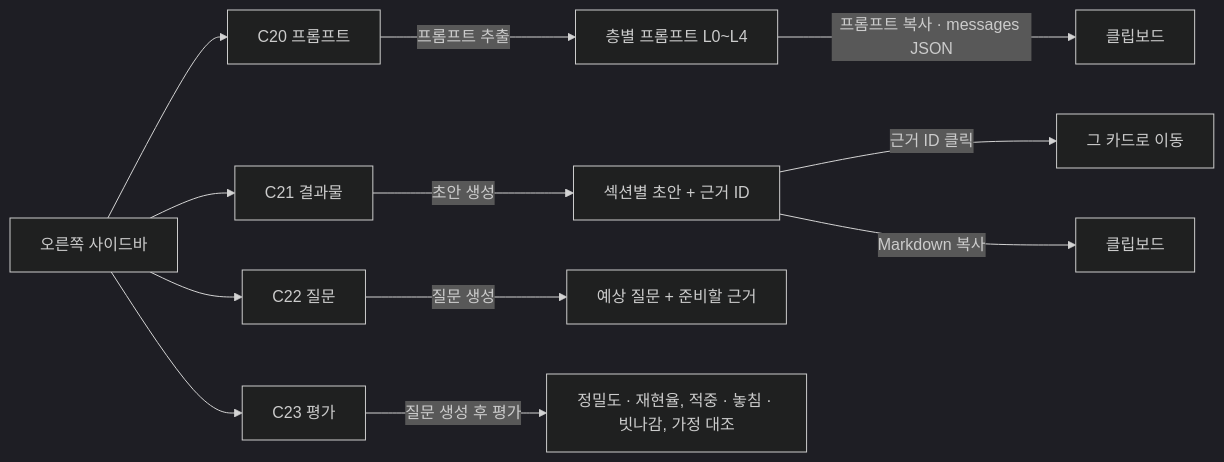
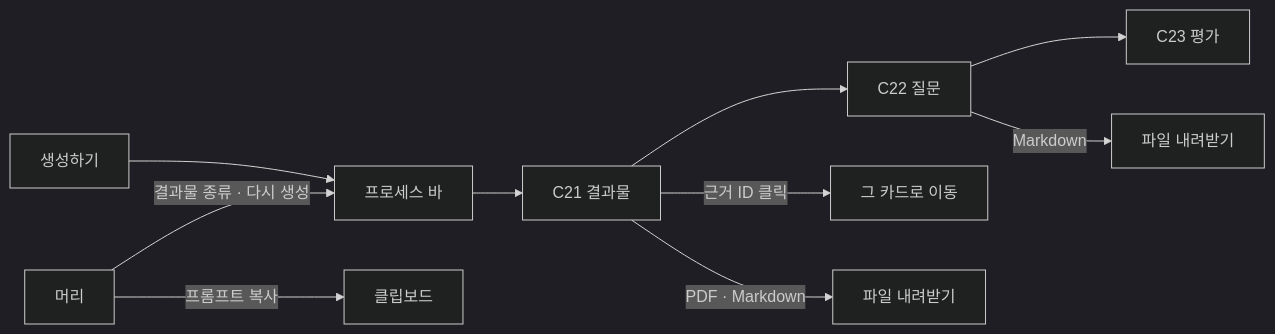
One commit to vamos-team/telescope changed the seventh of 12 diagrams in docs/frontend/ia.md. Above: the diagram before and after it, drawn with Mermaid (dark theme). The commit also changed other lines of this file and 6 other files, not shown here.

````diff
--- a/docs/frontend/ia.md
+++ b/docs/frontend/ia.md
@@ -289,14 +287,10 @@
 ```mermaid
 flowchart LR
-  RP["오른쪽 사이드바"] --> C["C20 프롬프트"]
-  RP --> D["C21 결과물"]
-  RP --> Q["C22 질문"]
-  RP --> E["C23 평가"]
-  C -->|프롬프트 추출| C1["층별 프롬프트 L0~L4"]
-  C1 -->|"프롬프트 복사 · messages JSON"| C2["클립보드"]
-  D -->|"초안 생성"| D1["섹션별 초안 + 근거 ID"]
-  D1 -->|근거 ID 클릭| D2["그 카드로 이동"]
-  D1 -->|Markdown 복사| D3["클립보드"]
-  Q -->|질문 생성| Q1["예상 질문 + 준비할 근거"]
-  E -->|질문 생성 후 평가| E1["정밀도 · 재현율, 적중 · 놓침 · 빗나감, 가정 대조"]
+  G["생성하기"] --> P["프로세스 바"]
+  P --> D["C21 결과물"] --> Q["C22 질문"] --> E["C23 평가"]
+  D -->|근거 ID 클릭| D2["그 카드로 이동"]
+  D -->|"PDF · Markdown"| D3["파일 내려받기"]
+  Q -->|Markdown| Q3["파일 내려받기"]
+  H["머리"] -->|"결과물 종류 · 다시 생성"| P
+  H -->|프롬프트 복사| C2["클립보드"]
 ```
````
